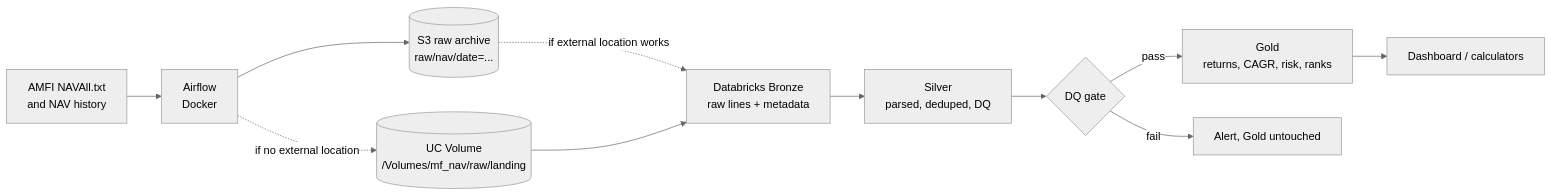
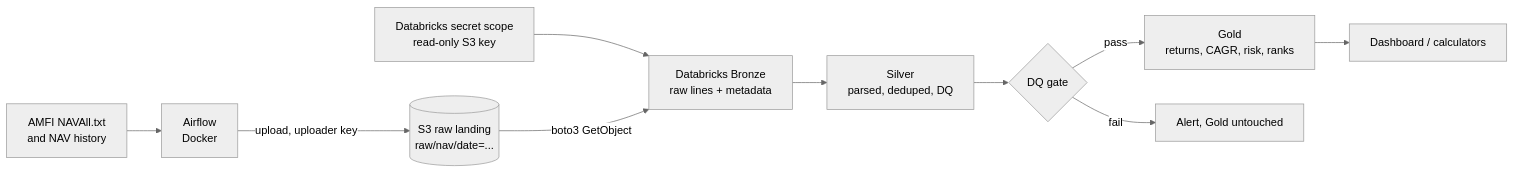
Before and after one commit to twarangupta/mf-nav-lakehouse: the diagram in README.md, drawn with Mermaid (neutral theme). The commit also changed other lines of this file and 8 other files, not shown here.

````diff
--- a/README.md
+++ b/README.md
@@ -11,13 +11,12 @@
 ```mermaid
 flowchart LR
     A[AMFI NAVAll.txt<br/>and NAV history] --> B[Airflow<br/>Docker]
-    B --> C[(S3 raw archive<br/>raw/nav/date=...)]
-    B -. if no external location .-> V[(UC Volume<br/>/Volumes/mf_nav/raw/landing)]
-    C -. if external location works .-> D
-    V --> D[Databricks Bronze<br/>raw lines + metadata]
+    B -->|upload, uploader key| C[(S3 raw landing<br/>raw/nav/date=...)]
+    K[Databricks secret scope<br/>read-only S3 key] --> D
+    C -->|boto3 GetObject| D[Databricks Bronze<br/>raw lines + metadata]
     D --> E[Silver<br/>parsed, deduped, DQ]
     E --> G{DQ gate}
     G -- pass --> F[Gold<br/>returns, CAGR, risk, ranks]
     G -- fail --> X[Alert, Gold untouched]
     F --> H[Dashboard / calculators]
 ```
````
